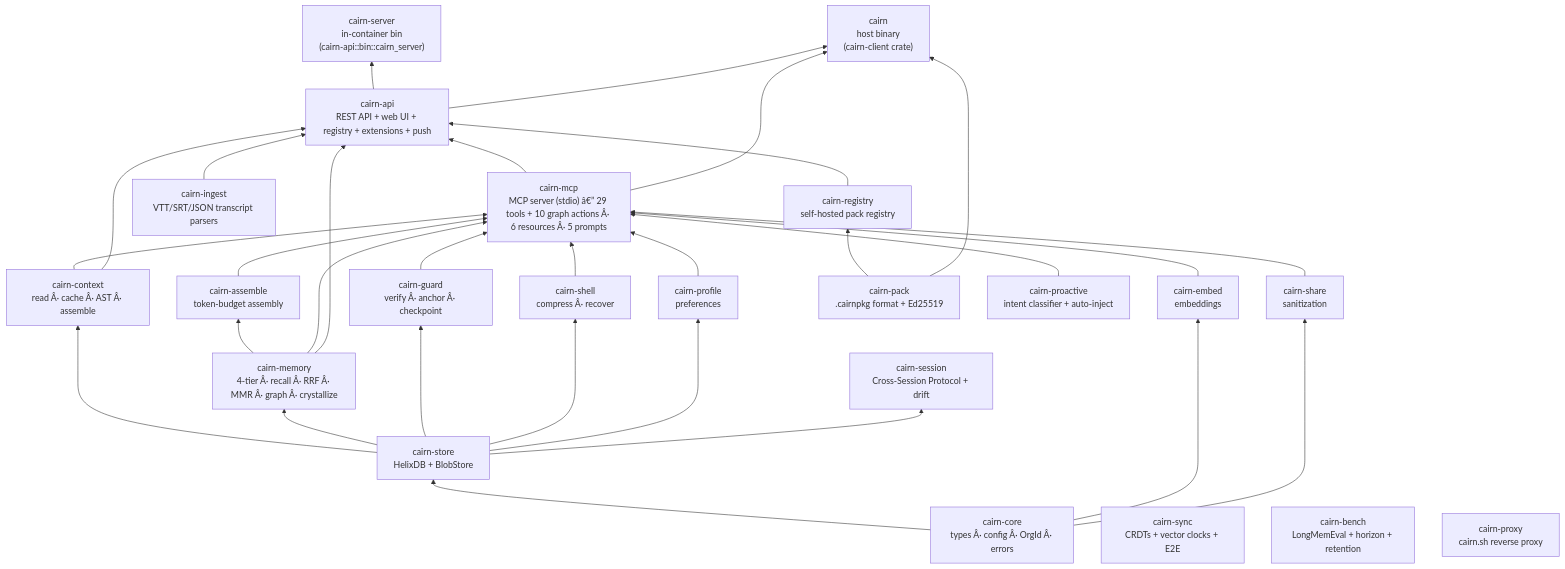
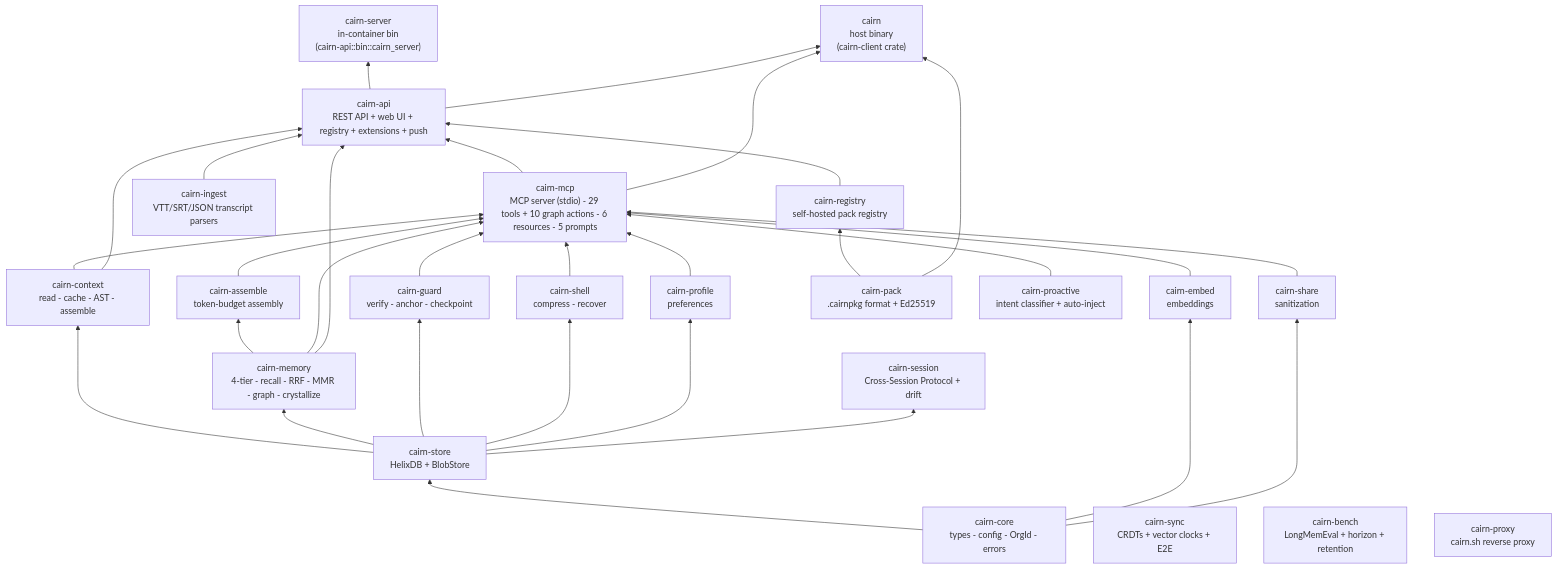
Before and after one commit to Vellixia/Cairn: the second of 2 diagrams in docs/ARCHITECTURE.md, drawn with Mermaid. The commit also changed other lines of this file and 154 other files, not shown here.

````diff
--- a/docs/ARCHITECTURE.md
+++ b/docs/ARCHITECTURE.md
@@ -45,55 +45,55 @@
 ```mermaid
 graph BT
-    core["cairn-core<br/>types Â· config Â· OrgId Â· errors"]
+    core["cairn-core<br/>types - config - OrgId - errors"]
     store["cairn-store<br/>HelixDB + BlobStore"]
-    context["cairn-context<br/>read Â· cache Â· AST Â· assemble"]
-    memory["cairn-memory<br/>4-tier Â· recall Â· RRF Â· MMR Â· graph Â· crystallize"]
-    guard["cairn-guard<br/>verify Â· anchor Â· checkpoint"]
-    shell["cairn-shell<br/>compress Â· recover"]
+    context["cairn-context<br/>read - cache - AST - assemble"]
+    memory["cairn-memory<br/>4-tier - recall - RRF - MMR - graph - crystallize"]
+    guard["cairn-guard<br/>verify - anchor - checkpoint"]
+    shell["cairn-shell<br/>compress - recover"]
     profile["cairn-profile<br/>preferences"]
     assemble["cairn-assemble<br/>token-budget assembly"]
     share["cairn-share<br/>sanitization"]
     embed["cairn-embed<br/>embeddings"]
     session["cairn-session<br/>Cross-Session Protocol + drift"]
     pack["cairn-pack<br/>.cairnpkg format + Ed25519"]
     registry["cairn-registry<br/>self-hosted pack registry"]
     sync["cairn-sync<br/>CRDTs + vector clocks + E2E"]
     bench["cairn-bench<br/>LongMemEval + horizon + retention"]
     proactive["cairn-proactive<br/>intent classifier + auto-inject"]
     proxy["cairn-proxy<br/>cairn.sh reverse proxy"]
     ingest["cairn-ingest<br/>VTT/SRT/JSON transcript parsers"]
-    mcp["cairn-mcp<br/>MCP server (stdio) â€” 29 tools + 10 graph actions Â· 6 resources Â· 5 prompts"]
+    mcp["cairn-mcp<br/>MCP server (stdio) - 29 tools + 10 graph actions - 6 resources - 5 prompts"]
     api["cairn-api<br/>REST API + web UI + registry + extensions + push"]
     server["cairn-server<br/>in-container bin<br/>(cairn-api::bin::cairn_server)"]
     cli["cairn<br/>host binary<br/>(cairn-client crate)"] 
 
     core --> store
     core --> embed
     core --> share
     store --> context
     store --> memory
     store --> guard
     store --> shell
     store --> profile
     store --> session
     memory --> assemble
     context --> mcp
     memory --> mcp
     guard --> mcp
     shell --> mcp
     profile --> mcp
     share --> mcp
     embed --> mcp
     assemble --> mcp
     proactive --> mcp
     context --> api
     memory --> api
     mcp --> api
     pack --> registry
     registry --> api
     ingest --> api
     pack --> cli
     api --> server
     mcp --> cli
     api --> cli
 ```
````
